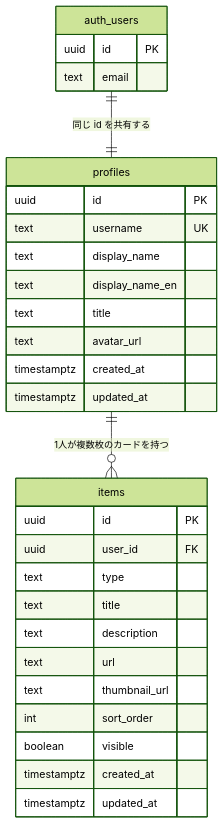
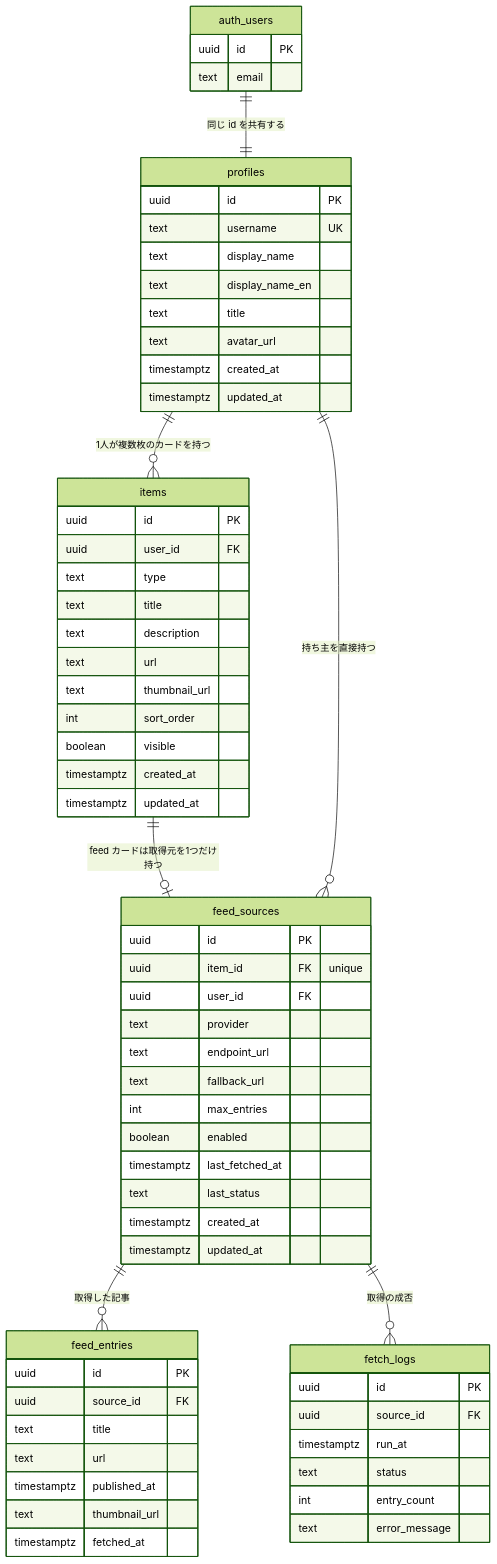
Before and after one commit to Matsutake29/hubpin: the diagram in README.md, drawn with Mermaid (forest theme). The commit also changed other lines of this file, not shown here.

````diff
--- a/README.md
+++ b/README.md
@@ -32,35 +33,73 @@
 ```mermaid
 erDiagram
     auth_users ||--|| profiles : "同じ id を共有する"
     profiles ||--o{ items : "1人が複数枚のカードを持つ"
+    items ||--o| feed_sources : "feed カードは取得元を1つだけ持つ"
+    profiles ||--o{ feed_sources : "持ち主を直接持つ"
+    feed_sources ||--o{ feed_entries : "取得した記事"
+    feed_sources ||--o{ fetch_logs : "取得の成否"
 
     auth_users {
         uuid id PK
         text email
     }
 
     profiles {
         uuid id PK
         text username UK
         text display_name
         text display_name_en
         text title
         text avatar_url
         timestamptz created_at
         timestamptz updated_at
     }
 
     items {
         uuid id PK
         uuid user_id FK
         text type
         text title
         text description
         text url
         text thumbnail_url
         int sort_order
         boolean visible
         timestamptz created_at
         timestamptz updated_at
     }
+
+    feed_sources {
+        uuid id PK
+        uuid item_id FK "unique"
+        uuid user_id FK
+        text provider
+        text endpoint_url
+        text fallback_url
+        int max_entries
+        boolean enabled
+        timestamptz last_fetched_at
+        text last_status
+        timestamptz created_at
+        timestamptz updated_at
+    }
+
+    feed_entries {
+        uuid id PK
+        uuid source_id FK
+        text title
+        text url
+        timestamptz published_at
+        text thumbnail_url
+        timestamptz fetched_at
+    }
+
+    fetch_logs {
+        uuid id PK
+        uuid source_id FK
+        timestamptz run_at
+        text status
+        int entry_count
+        text error_message
+    }
 ```
````
